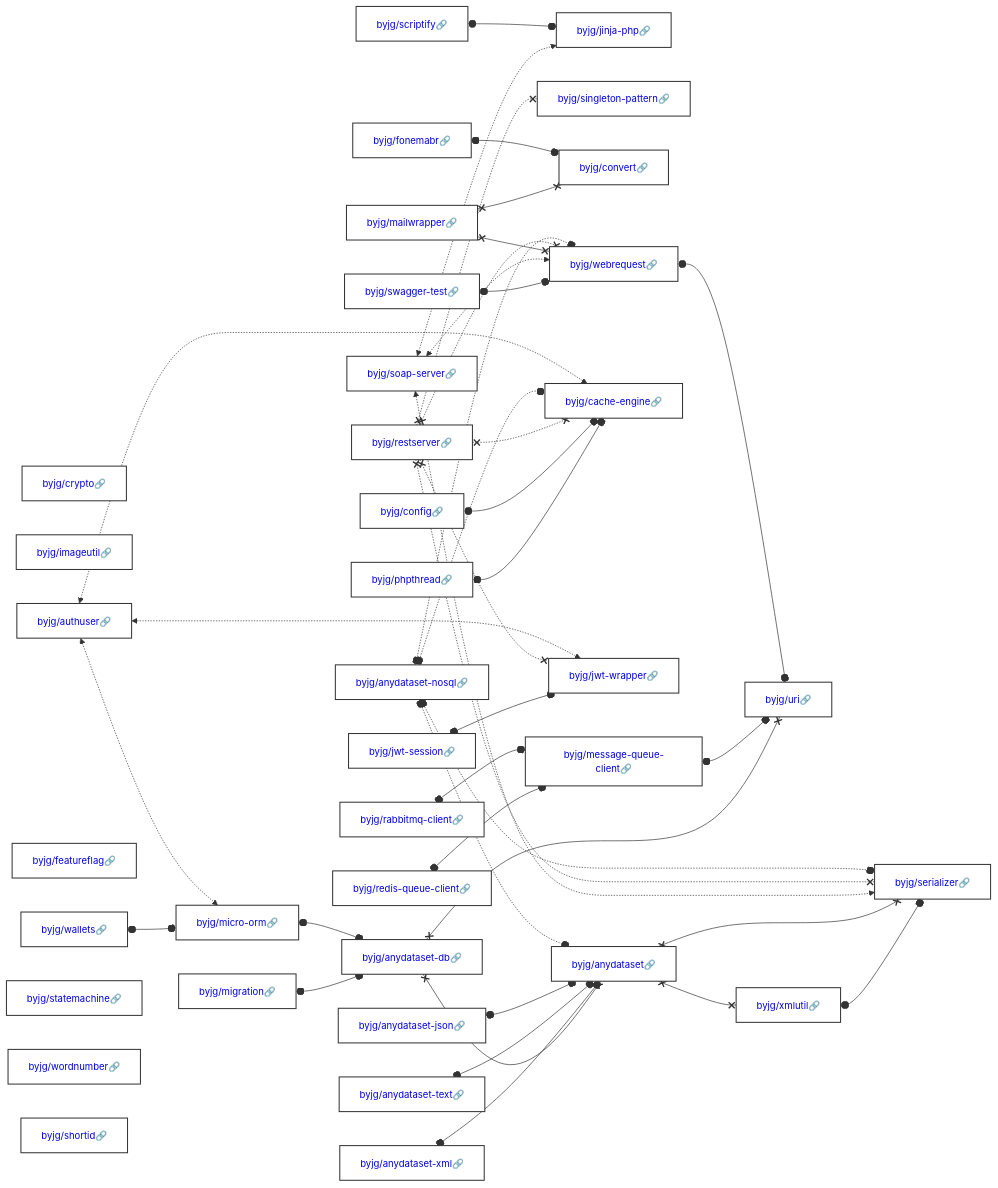
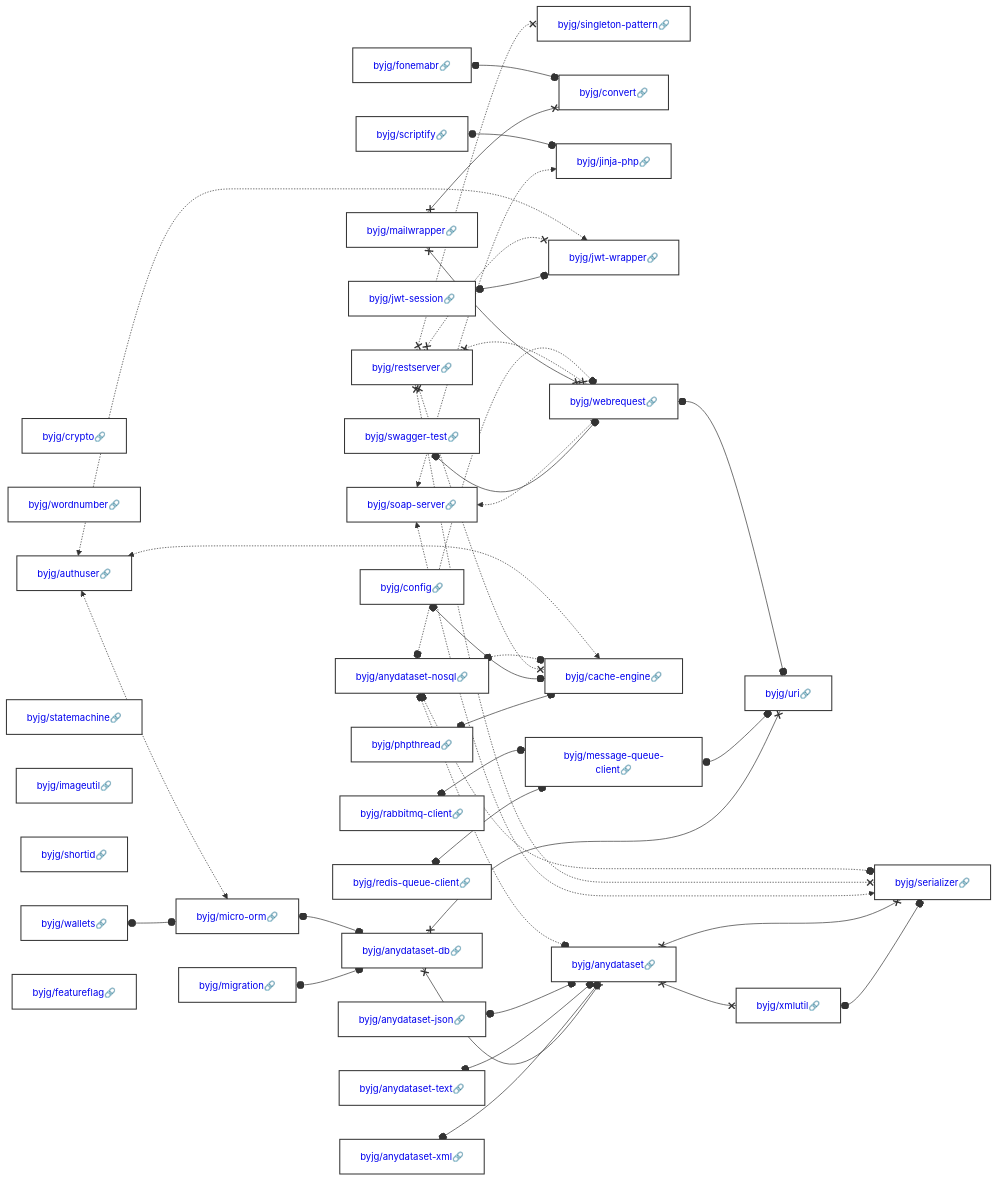
One commit to byjg/byjg.github.io changed the diagram in docs/php/README.md. Above: the diagram before and after it, drawn with Mermaid. The commit also changed other lines of this file, not shown here.

Commit message:
Update documentation 'php' 'php-jwt-session'

````diff
--- a/docs/php/README.md
+++ b/docs/php/README.md
@@ -3,36 +3,36 @@
 ```mermaid
 graph LR;
   byjg/crypto[<a href='https://opensource.byjg.com/docs/php/crypto' style='text-decoration:none'>byjg/crypto🔗</a>];
+  byjg/config[<a href='https://opensource.byjg.com/docs/php/config' style='text-decoration:none'>byjg/config🔗</a>];
+  byjg/fonemabr[<a href='https://opensource.byjg.com/docs/php/fonemabr' style='text-decoration:none'>byjg/fonemabr🔗</a>];
+  byjg/wordnumber[<a href='https://opensource.byjg.com/docs/php/wordnumber' style='text-decoration:none'>byjg/wordnumber🔗</a>];
+  byjg/soap-server[<a href='https://opensource.byjg.com/docs/php/soap-server' style='text-decoration:none'>byjg/soap-server🔗</a>];
+  byjg/restserver[<a href='https://opensource.byjg.com/docs/php/restserver' style='text-decoration:none'>byjg/restserver🔗</a>];
+  byjg/wallets[<a href='https://opensource.byjg.com/docs/php/wallets' style='text-decoration:none'>byjg/wallets🔗</a>];
+  byjg/statemachine[<a href='https://opensource.byjg.com/docs/php/statemachine' style='text-decoration:none'>byjg/statemachine🔗</a>];
+  byjg/anydataset-text[<a href='https://opensource.byjg.com/docs/php/anydataset-text' style='text-decoration:none'>byjg/anydataset-text🔗</a>];
   byjg/imageutil[<a href='https://opensource.byjg.com/docs/php/imageutil' style='text-decoration:none'>byjg/imageutil🔗</a>];
+  byjg/rabbitmq-client[<a href='https://opensource.byjg.com/docs/php/rabbitmq-client' style='text-decoration:none'>byjg/rabbitmq-client🔗</a>];
+  byjg/mailwrapper[<a href='https://opensource.byjg.com/docs/php/mailwrapper' style='text-decoration:none'>byjg/mailwrapper🔗</a>];
+  byjg/phpthread[<a href='https://opensource.byjg.com/docs/php/phpthread' style='text-decoration:none'>byjg/phpthread🔗</a>];
   byjg/scriptify[<a href='https://opensource.byjg.com/docs/php/scriptify' style='text-decoration:none'>byjg/scriptify🔗</a>];
-  byjg/config[<a href='https://opensource.byjg.com/docs/php/config' style='text-decoration:none'>byjg/config🔗</a>];
-  byjg/soap-server[<a href='https://opensource.byjg.com/docs/php/soap-server' style='text-decoration:none'>byjg/soap-server🔗</a>];
-  byjg/wallets[<a href='https://opensource.byjg.com/docs/php/wallets' style='text-decoration:none'>byjg/wallets🔗</a>];
+  byjg/shortid[<a href='https://opensource.byjg.com/docs/php/shortid' style='text-decoration:none'>byjg/shortid🔗</a>];
+  byjg/swagger-test[<a href='https://opensource.byjg.com/docs/php/swagger-test' style='text-decoration:none'>byjg/swagger-test🔗</a>];
+  byjg/authuser[<a href='https://opensource.byjg.com/docs/php/authuser' style='text-decoration:none'>byjg/authuser🔗</a>];
+  byjg/featureflag[<a href='https://opensource.byjg.com/docs/php/featureflag' style='text-decoration:none'>byjg/featureflag🔗</a>];
+  byjg/migration[<a href='https://opensource.byjg.com/docs/php/migration' style='text-decoration:none'>byjg/migration🔗</a>];
+  byjg/anydataset-xml[<a href='https://opensource.byjg.com/docs/php/anydataset-xml' style='text-decoration:none'>byjg/anydataset-xml🔗</a>];
+  byjg/jwt-session[<a href='https://opensource.byjg.com/docs/php/jwt-session' style='text-decoration:none'>byjg/jwt-session🔗</a>];
   byjg/anydataset-json[<a href='https://opensource.byjg.com/docs/php/anydataset-json' style='text-decoration:none'>byjg/anydataset-json🔗</a>];
-  byjg/anydataset-xml[<a href='https://opensource.byjg.com/docs/php/anydataset-xml' style='text-decoration:none'>byjg/anydataset-xml🔗</a>];
-  byjg/rabbitmq-client[<a href='https://opensource.byjg.com/docs/php/rabbitmq-client' style='text-decoration:none'>byjg/rabbitmq-client🔗</a>];
-  byjg/restserver[<a href='https://opensource.byjg.com/docs/php/restserver' style='text-decoration:none'>byjg/restserver🔗</a>];
-  byjg/featureflag[<a href='https://opensource.byjg.com/docs/php/featureflag' style='text-decoration:none'>byjg/featureflag🔗</a>];
-  byjg/phpthread[<a href='https://opensource.byjg.com/docs/php/phpthread' style='text-decoration:none'>byjg/phpthread🔗</a>];
-  byjg/migration[<a href='https://opensource.byjg.com/docs/php/migration' style='text-decoration:none'>byjg/migration🔗</a>];
-  byjg/fonemabr[<a href='https://opensource.byjg.com/docs/php/fonemabr' style='text-decoration:none'>byjg/fonemabr🔗</a>];
   byjg/anydataset-nosql[<a href='https://opensource.byjg.com/docs/php/anydataset-nosql' style='text-decoration:none'>byjg/anydataset-nosql🔗</a>];
-  byjg/swagger-test[<a href='https://opensource.byjg.com/docs/php/swagger-test' style='text-decoration:none'>byjg/swagger-test🔗</a>];
-  byjg/anydataset-text[<a href='https://opensource.byjg.com/docs/php/anydataset-text' style='text-decoration:none'>byjg/anydataset-text🔗</a>];
-  byjg/jwt-session[<a href='https://opensource.byjg.com/docs/php/jwt-session' style='text-decoration:none'>byjg/jwt-session🔗</a>];
-  byjg/mailwrapper[<a href='https://opensource.byjg.com/docs/php/mailwrapper' style='text-decoration:none'>byjg/mailwrapper🔗</a>];
-  byjg/authuser[<a href='https://opensource.byjg.com/docs/php/authuser' style='text-decoration:none'>byjg/authuser🔗</a>];
-  byjg/statemachine[<a href='https://opensource.byjg.com/docs/php/statemachine' style='text-decoration:none'>byjg/statemachine🔗</a>];
-  byjg/wordnumber[<a href='https://opensource.byjg.com/docs/php/wordnumber' style='text-decoration:none'>byjg/wordnumber🔗</a>];
   byjg/redis-queue-client[<a href='https://opensource.byjg.com/docs/php/redis-queue-client' style='text-decoration:none'>byjg/redis-queue-client🔗</a>];
-  byjg/shortid[<a href='https://opensource.byjg.com/docs/php/shortid' style='text-decoration:none'>byjg/shortid🔗</a>];
-  byjg/jinja-php[<a href='https://opensource.byjg.com/docs/php/jinja-php' style='text-decoration:none'>byjg/jinja-php🔗</a>];
   byjg/singleton-pattern[<a href='https://opensource.byjg.com/docs/php/singleton-pattern' style='text-decoration:none'>byjg/singleton-pattern🔗</a>];
   byjg/convert[<a href='https://opensource.byjg.com/docs/php/convert' style='text-decoration:none'>byjg/convert🔗</a>];
+  byjg/jinja-php[<a href='https://opensource.byjg.com/docs/php/jinja-php' style='text-decoration:none'>byjg/jinja-php🔗</a>];
+  byjg/micro-orm[<a href='https://opensource.byjg.com/docs/php/micro-orm' style='text-decoration:none'>byjg/micro-orm🔗</a>];
+  byjg/jwt-wrapper[<a href='https://opensource.byjg.com/docs/php/jwt-wrapper' style='text-decoration:none'>byjg/jwt-wrapper🔗</a>];
   byjg/webrequest[<a href='https://opensource.byjg.com/docs/php/webrequest' style='text-decoration:none'>byjg/webrequest🔗</a>];
-  byjg/micro-orm[<a href='https://opensource.byjg.com/docs/php/micro-orm' style='text-decoration:none'>byjg/micro-orm🔗</a>];
   byjg/cache-engine[<a href='https://opensource.byjg.com/docs/php/cache-engine' style='text-decoration:none'>byjg/cache-engine🔗</a>];
-  byjg/jwt-wrapper[<a href='https://opensource.byjg.com/docs/php/jwt-wrapper' style='text-decoration:none'>byjg/jwt-wrapper🔗</a>];
   byjg/message-queue-client[<a href='https://opensource.byjg.com/docs/php/message-queue-client' style='text-decoration:none'>byjg/message-queue-client🔗</a>];
   byjg/anydataset-db[<a href='https://opensource.byjg.com/docs/php/anydataset-db' style='text-decoration:none'>byjg/anydataset-db🔗</a>];
   byjg/anydataset[<a href='https://opensource.byjg.com/docs/php/anydataset' style='text-decoration:none'>byjg/anydataset🔗</a>];
````
